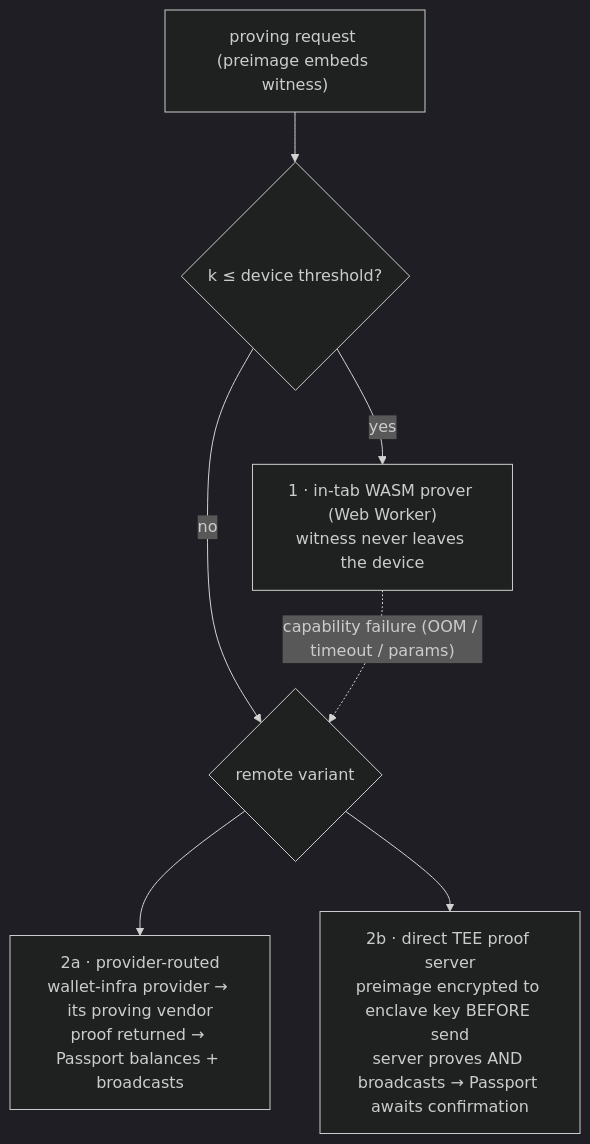
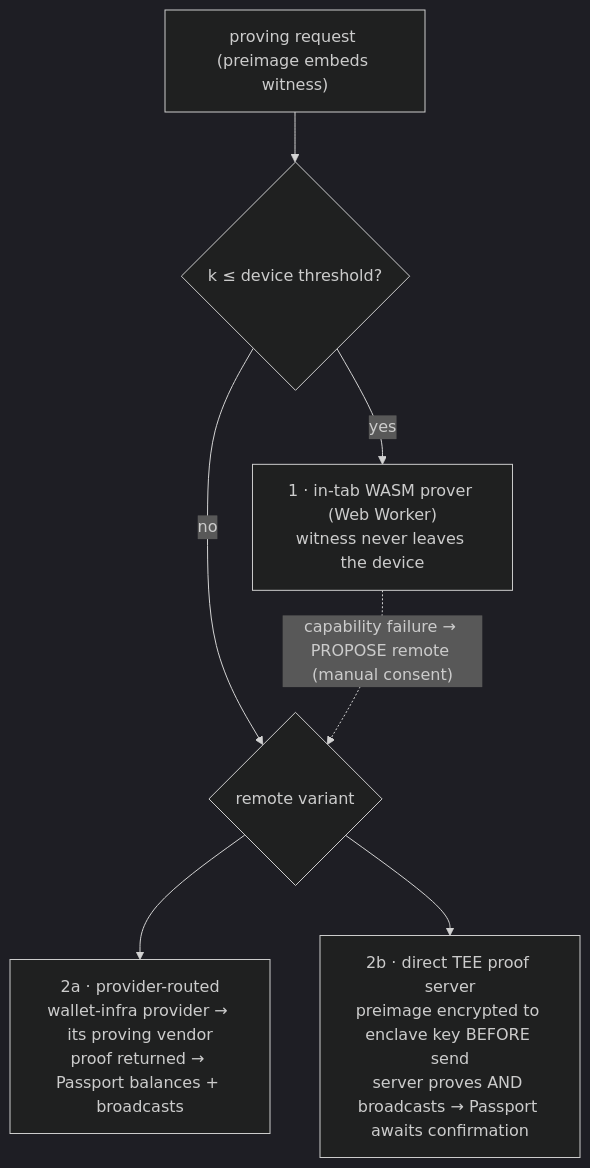
The second of 6 diagrams in sdk/docs/architecture.md (midnightntwrk/passport), drawn with Mermaid (dark theme) before and after one commit. The commit also changed other lines of this file and 2 other files, not shown here.

First line of the commit message:
SDK docs: consent-gate the in-tab -> remote proving switch

````diff
--- a/sdk/docs/architecture.md
+++ b/sdk/docs/architecture.md
@@ -144,9 +144,9 @@
 ```mermaid
 flowchart TB
   CMD["proving request (preimage embeds witness)"] --> K{"k ≤ device threshold?"}
   K -- yes --> WASM["1 · in-tab WASM prover (Web Worker)\nwitness never leaves the device"]
   K -- no --> R{"remote variant"}
   R --> PROV["2a · provider-routed\nwallet-infra provider → its proving vendor\nproof returned → Passport balances + broadcasts"]
   R --> TEE["2b · direct TEE proof server\npreimage encrypted to enclave key BEFORE send\nserver proves AND broadcasts → Passport awaits confirmation"]
-  WASM -. "capability failure (OOM / timeout / params)" .-> R
+  WASM -. "capability failure → PROPOSE remote (manual consent)" .-> R
 ```
````
